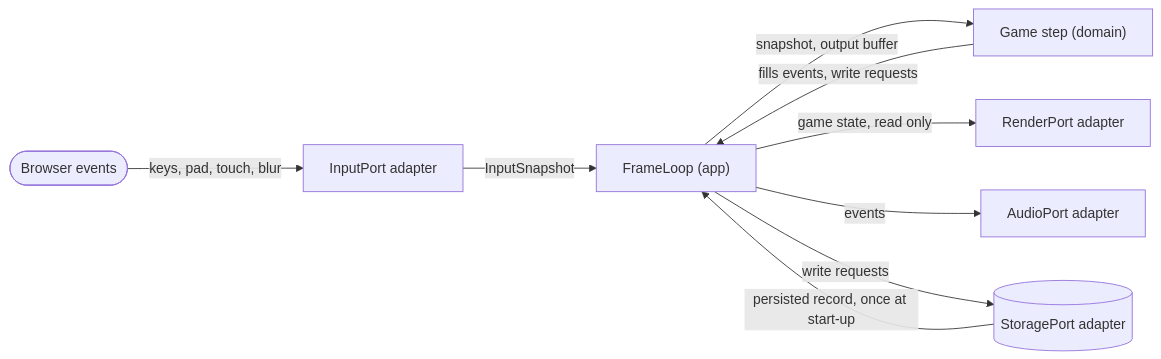
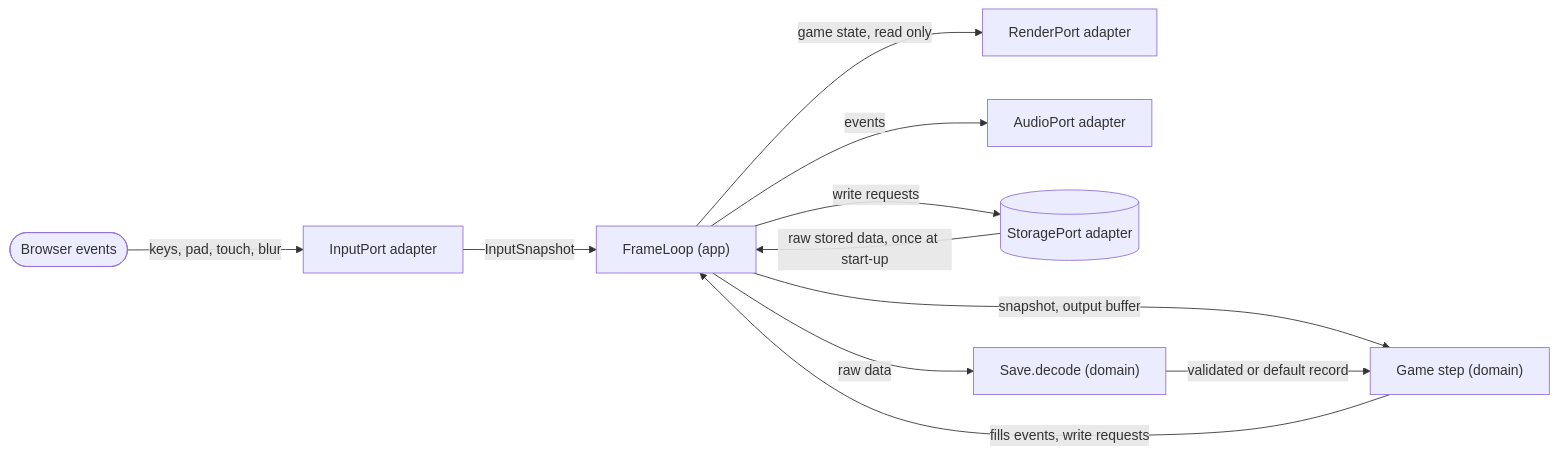
One commit to benoit-bremaud/retro-plumber changed the diagram in docs/architecture/diagrams/meta/16-data-flow-tick.md. Above: the diagram before and after it, drawn with Mermaid. The commit also changed other lines of this file and 1 other file, not shown here.

Commit message:
docs(uml): startup data through Save.decode, render gate covers 7 diagrams (#8)

````diff
--- a/docs/architecture/diagrams/meta/16-data-flow-tick.md
+++ b/docs/architecture/diagrams/meta/16-data-flow-tick.md
@@ -13,18 +13,20 @@
 ```mermaid
 flowchart LR
     B(["Browser events"])
     In["InputPort adapter"]
     FL["FrameLoop (app)"]
     G["Game step (domain)"]
     R["RenderPort adapter"]
     A["AudioPort adapter"]
     S[("StoragePort adapter")]
     B -->|"keys, pad, touch, blur"| In
     In -->|"InputSnapshot"| FL
     FL -->|"snapshot, output buffer"| G
     G -->|"fills events, write requests"| FL
     FL -->|"game state, read only"| R
     FL -->|"events"| A
     FL -->|"write requests"| S
-    S -->|"persisted record, once at start-up"| FL
+    S -->|"raw stored data, once at start-up"| FL
+    FL -->|"raw data"| D["Save.decode (domain)"]
+    D -->|"validated or default record"| G
 ```
````
